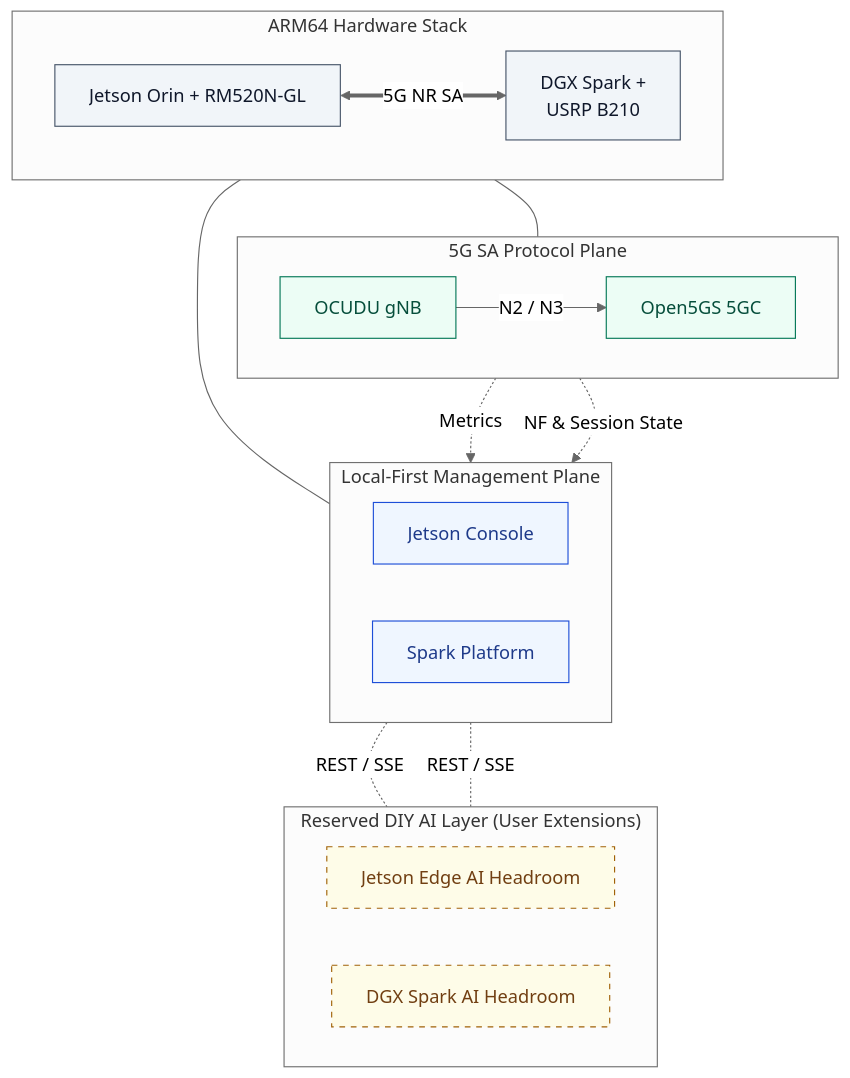
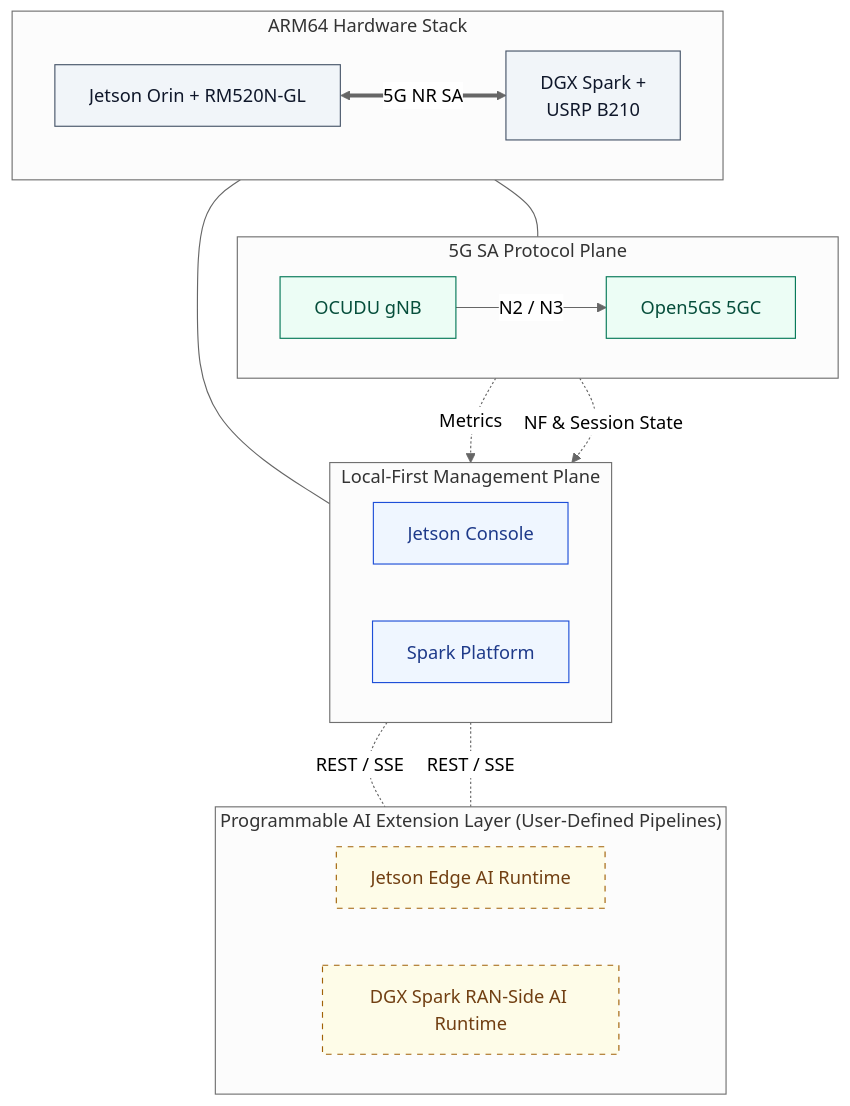
The diagram in README.md (HKUOpenSource/OpenAirKit), drawn with Mermaid (neutral theme) before and after one commit. The commit also changed other lines of this file and 40 other files, not shown here.

````diff
--- a/README.md
+++ b/README.md
@@ -53,40 +56,40 @@
 ```mermaid
 flowchart TB
   classDef hw fill:#f1f5f9,stroke:#475569,color:#0f172a
   classDef stack fill:#ecfdf5,stroke:#047857,color:#064e3b
   classDef mgmt fill:#eff6ff,stroke:#1d4ed8,color:#1e3a8a
   classDef ai fill:#fefce8,stroke:#a16207,stroke-dasharray:5 5,color:#713f12
 
-  subgraph AI["Reserved DIY AI Layer (User Extensions)"]
+  subgraph AI["Programmable AI Extension Layer (User-Defined Pipelines)"]
     direction LR
-    JAI["Jetson Edge AI Headroom"]:::ai
-    SAI["DGX Spark AI Headroom"]:::ai
+    JAI["Jetson Edge AI Runtime"]:::ai
+    SAI["DGX Spark RAN-Side AI Runtime"]:::ai
   end
 
   subgraph MGMT["Local-First Management Plane"]
     direction LR
     JC["Jetson Console"]:::mgmt
     SP["Spark Platform"]:::mgmt
   end
 
   subgraph STACK["5G SA Protocol Plane"]
     direction LR
     RAN["OCUDU gNB"]:::stack
     CORE["Open5GS 5GC"]:::stack
     RAN -- "N2 / N3" --> CORE
   end
 
   subgraph HW["ARM64 Hardware Stack"]
     direction LR
     UEHW["Jetson Orin + RM520N-GL"]:::hw
     BSHW["DGX Spark +<br/>USRP B210"]:::hw
     UEHW <== "5G NR SA" ==> BSHW
   end
 
   UEHW --- JC
   BSHW --- RAN
   RAN -. "Metrics" .-> SP
   CORE -. "NF & Session State" .-> SP
   JC -. "REST / SSE" .- JAI
   SP -. "REST / SSE" .- SAI
 ```
````
